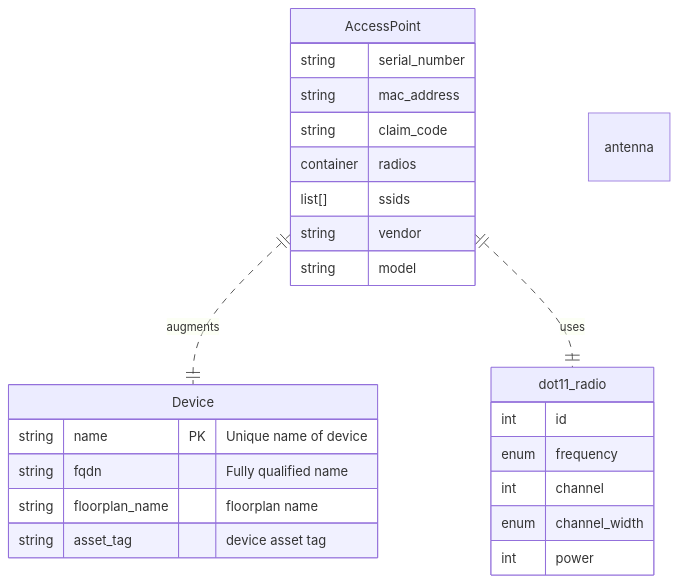
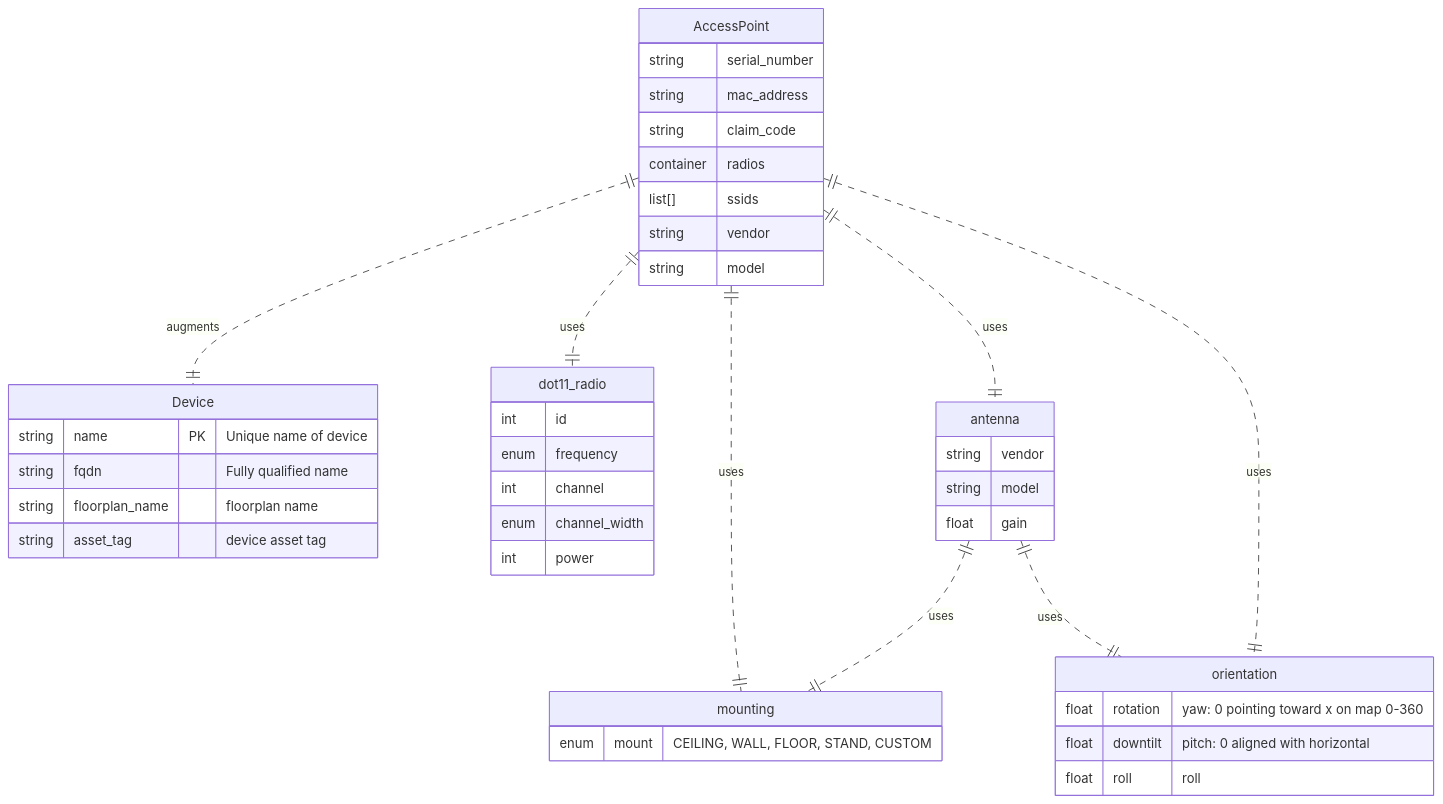
The second of 3 diagrams in docs/model_ideas.md (google/openintent), drawn with Mermaid before and after one commit. The commit also changed other lines of this file, not shown here.

Commit message:
updating model_ideas

````diff
--- a/docs/model_ideas.md
+++ b/docs/model_ideas.md
@@ -56,33 +74,52 @@
 ```mermaid
 erDiagram
    Device{
         string name PK "Unique name of device"
         string fqdn "Fully qualified name"
         string floorplan_name "floorplan name"
         string asset_tag "device asset tag"
         
     }
     AccessPoint ||..|| Device: augments
     AccessPoint {
         string serial_number
         string mac_address
         string claim_code
         container radios
         list[] ssids
         string vendor
         string model
         
     }
-    AccessPoint ||..|| dot11_radio: uses
+    AccessPoint ||..||dot11_radio: uses
     dot11_radio {
         int id
         enum frequency
         int channel
         enum channel_width
         int power
     }
-
+    AccessPoint ||..|| antenna : uses
     antenna {
+        string vendor
+        string model
+        float gain
 
     }
+
+    AccessPoint ||..|| mounting : uses
+    antenna ||..|| mounting : uses
+
+    antenna ||..|| orientation : uses
+    AccessPoint ||..|| orientation : uses
+    orientation {
+        float rotation "yaw: 0 pointing toward x on map 0-360"
+        float downtilt "pitch: 0 aligned with horizontal"
+        float roll "roll"
+    }
+
+    mounting {
+        enum mount "CEILING, WALL, FLOOR, STAND, CUSTOM"
+    }
+
 ```
````
